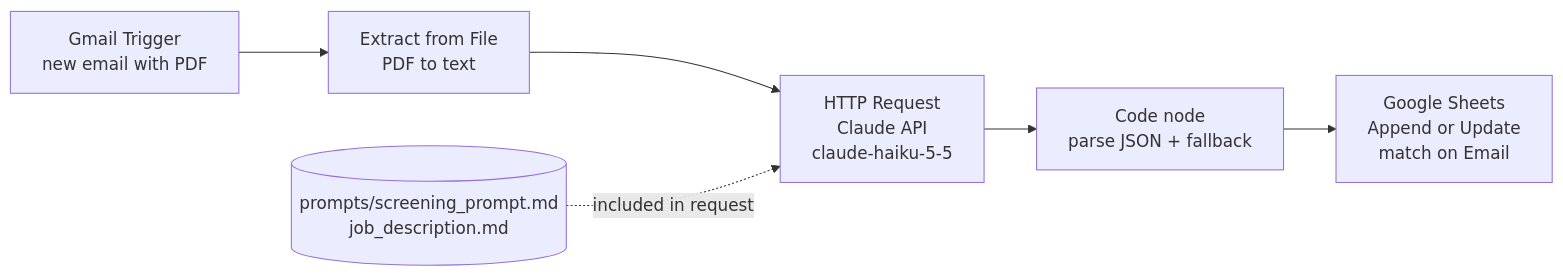
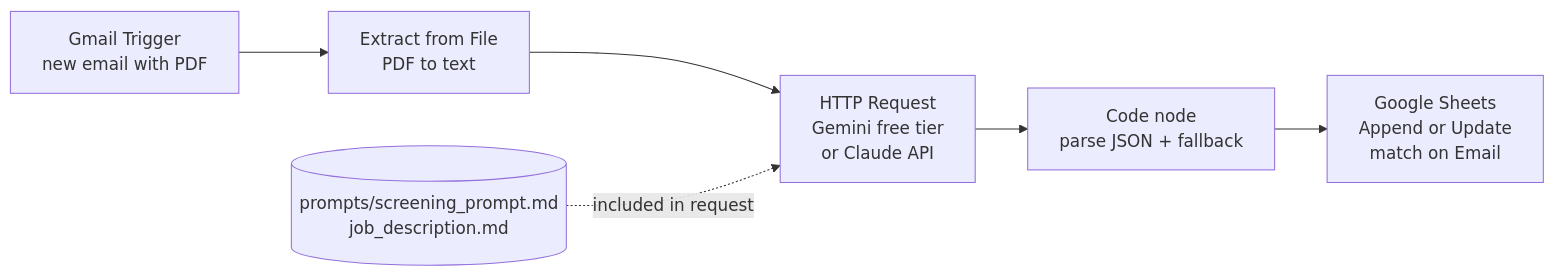
Before and after one commit to arnav2293-afk/ai-resume-screener: the diagram in README.md, drawn with Mermaid. The commit also changed other lines of this file, not shown here.

Commit message:
docs: explain free Gemini default and Claude alternative in README

````diff
--- a/README.md
+++ b/README.md
@@ -24,8 +49,8 @@
 ```mermaid
 flowchart LR
     A[Gmail Trigger<br/>new email with PDF] --> B[Extract from File<br/>PDF to text]
-    B --> C[HTTP Request<br/>Claude API<br/>claude-haiku-5-5]
+    B --> C[HTTP Request<br/>Gemini free tier<br/>or Claude API]
     C --> D[Code node<br/>parse JSON + fallback]
     D --> E[Google Sheets<br/>Append or Update<br/>match on Email]
     P[(prompts/screening_prompt.md<br/>job_description.md)] -. included in request .-> C
 ```
````
